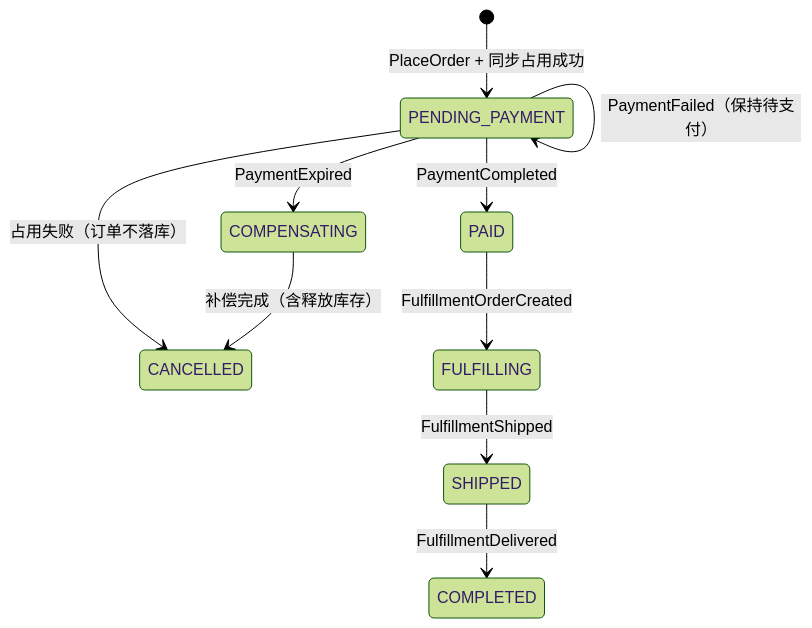
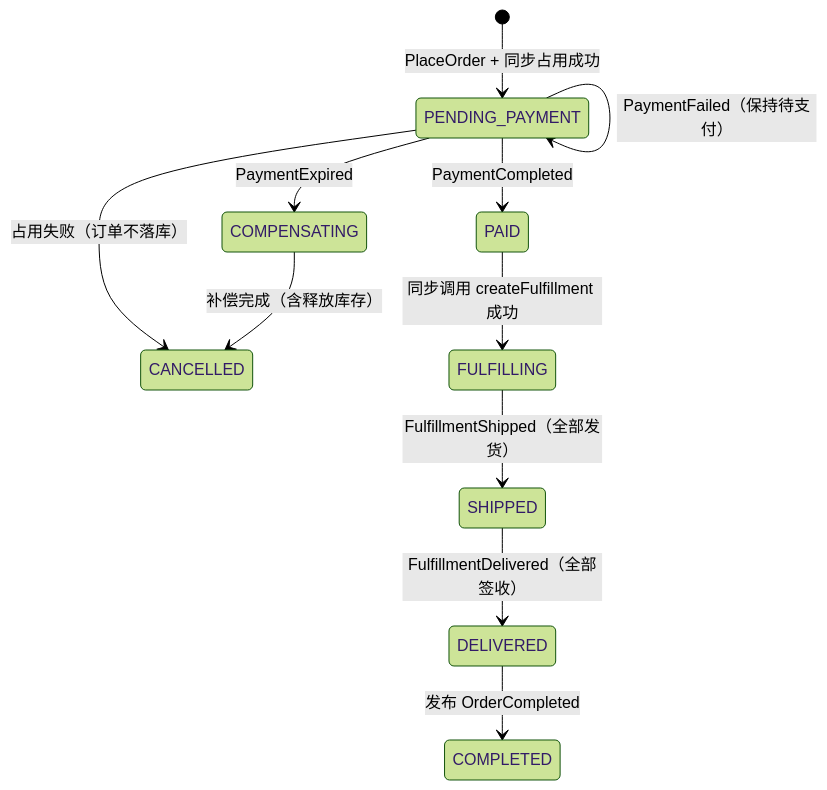
One commit to mianhe/HMall changed the diagram in docs/bounded-contexts/order/saga-design.md. Above: the diagram before and after it, drawn with Mermaid (forest theme). The commit also changed other lines of this file and 12 other files, not shown here.

````diff
--- a/docs/bounded-contexts/order/saga-design.md
+++ b/docs/bounded-contexts/order/saga-design.md
@@ -42,12 +44,13 @@
 ```mermaid
 stateDiagram-v2
     [*] --> PENDING_PAYMENT: PlaceOrder + 同步占用成功
     PENDING_PAYMENT --> CANCELLED: 占用失败（订单不落库）
     PENDING_PAYMENT --> PAID: PaymentCompleted
     PENDING_PAYMENT --> PENDING_PAYMENT: PaymentFailed（保持待支付）
     PENDING_PAYMENT --> COMPENSATING: PaymentExpired
-    PAID --> FULFILLING: FulfillmentOrderCreated
-    FULFILLING --> SHIPPED: FulfillmentShipped
-    SHIPPED --> COMPLETED: FulfillmentDelivered
+    PAID --> FULFILLING: 同步调用 createFulfillment 成功
+    FULFILLING --> SHIPPED: FulfillmentShipped（全部发货）
+    SHIPPED --> DELIVERED: FulfillmentDelivered（全部签收）
+    DELIVERED --> COMPLETED: 发布 OrderCompleted
     COMPENSATING --> CANCELLED: 补偿完成（含释放库存）
 ```
````
